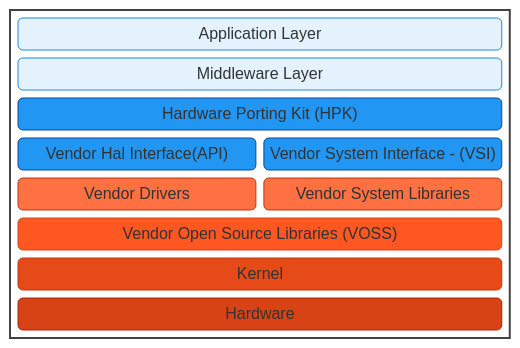
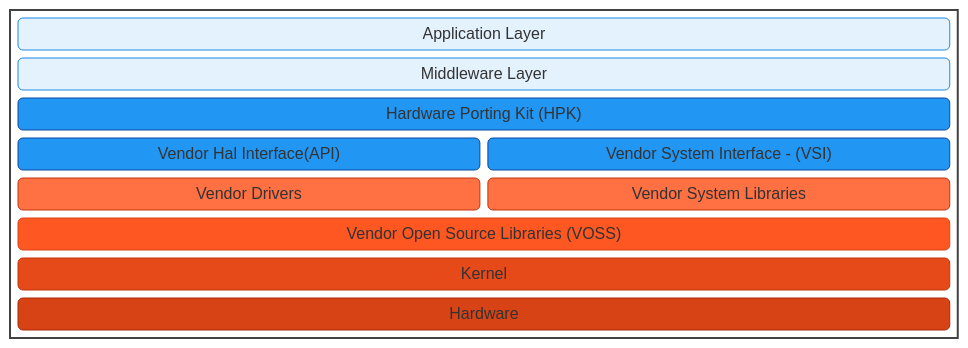
The diagram in docs/introduction/the_software_stack.md (rdkcentral/rdk-halif-aidl), drawn with Mermaid before and after one commit.

Commit message:
Update the_software_stack.md - resized to make text fit

````diff
--- a/docs/introduction/the_software_stack.md
+++ b/docs/introduction/the_software_stack.md
@@ -9,35 +9,35 @@
 ```mermaid
 block-beta
     block: modules
-        columns 2
-        appl("Application Layer"):2
-        mwl("Middleware Layer"):2
-        vendor("Hardware Porting Kit (HPK)"):2
-        vhal("Vendor Hal Interface(API)")
-        vsi("Vendor System Interface - (VSI)")
-        vc("Vendor Drivers")
-        sl("Vendor System Libraries")
-        osl("Vendor Open Source Libraries (VOSS)"):2
-        ub("Kernel"):2
-        hw("Hardware"):2
+        columns 30
+        appl("Application Layer"):30
+        mwl("Middleware Layer"):30
+        vendor("Hardware Porting Kit (HPK)"):30
+        vhal("Vendor Hal Interface(API)"):15
+        vsi("Vendor System Interface - (VSI)"):15
+        vc("Vendor Drivers"):15
+        sl("Vendor System Libraries"):15
+        osl("Vendor Open Source Libraries (VOSS)"):30
+        ub("Kernel"):30
+        hw("Hardware"):30
     end
 
     %% Set background to white for better contrast
     style modules fill:#FFFFFF,stroke:#424242,stroke-width:2px;
 
     %% Fix Contrast - Application & Middleware Layers
     style appl fill:#E3F2FD,stroke:#1E88E5,color:#0D47A1,font-weight:bold;
     style mwl fill:#E3F2FD,stroke:#1E88E5,color:#0D47A1,font-weight:bold;
 
     %% Better Blue Contrast for Vendor Components
     style vendor fill:#2196F3,stroke:#0D47A1,color:#FFFFFF,font-weight:bold;
     style vhal fill:#2196F3,stroke:#0D47A1,color:#FFFFFF,font-weight:bold;
     style vsi fill:#2196F3,stroke:#0D47A1,color:#FFFFFF,font-weight:bold;
 
     %% Better Orange Contrast for System Components
     style vc fill:#FF7043,stroke:#BF360C,color:#FFFFFF,font-weight:bold;
     style sl fill:#FF7043,stroke:#BF360C,color:#FFFFFF,font-weight:bold;
     style osl fill:#FF5722,stroke:#D84315,color:#FFFFFF,font-weight:bold;
     style ub fill:#E64A19,stroke:#BF360C,color:#FFFFFF,font-weight:bold;
     style hw fill:#D84315,stroke:#A62808,color:#FFFFFF,font-weight:bold;
 ```
````
